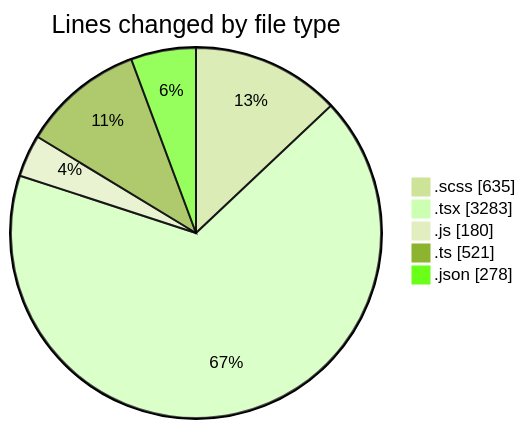
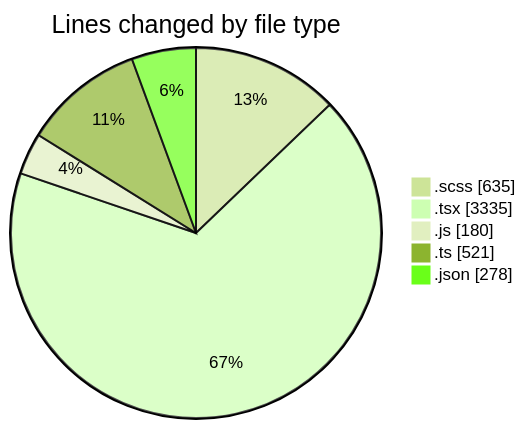
One commit to momahboobian/code-tracking changed the first of 2 diagrams in 2026-08-10/cda/README.md. Above: the diagram before and after it, drawn with Mermaid (forest theme). The commit also changed other lines of this file and 1 other file, not shown here.

````diff
--- a/2026-08-10/cda/README.md
+++ b/2026-08-10/cda/README.md
@@ -32,9 +32,9 @@
 ```mermaid
 pie showData
 title Lines changed by file type
 ".scss" : 635
-".tsx" : 3283
+".tsx" : 3335
 ".js" : 180
 ".ts" : 521
 ".json" : 278
 ```
````
